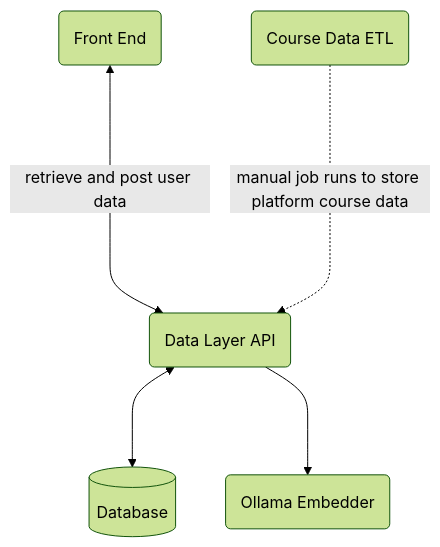
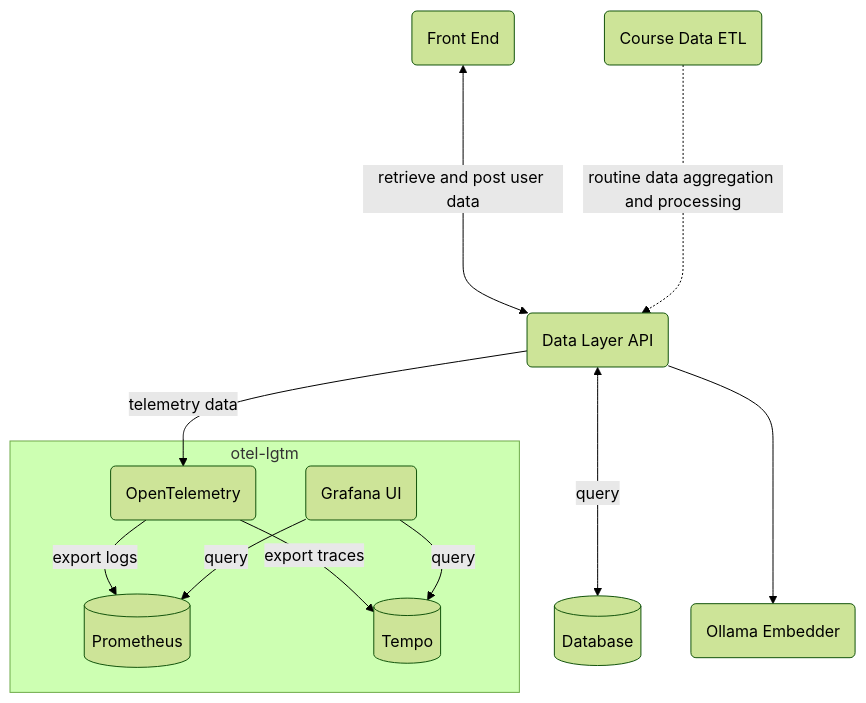
Before and after one commit to leovrodriguez/CourseReview: the diagram in README.md, drawn with Mermaid (forest theme).

Commit message:
add telemetry service

````diff
--- a/README.md
+++ b/README.md
@@ -6,13 +6,24 @@
  ```mermaid
 flowchart TD
     A@{ shape: cyl, label: "Database" }
     B(Front End)
     C(Data Layer API )
     D(Course Data ETL)
     E(Ollama Embedder)
+    subgraph otel-lgtm
+        F1(OpenTelemetry)
+        F2@{shape: cyl, label: Prometheus}
+        F3@{shape: cyl, label: Tempo}
+        F5(Grafana UI)
+    end
 
     B <-- retrieve and post user data -----> C
-    D -.manual job runs to store platform course data....-> C
-    C <---> A
+    D -.routine data aggregation and processing....-> C
+    C <---> |query| A
     C ---> E
+    C --> | telemetry data | F1
+    F1 -->|export logs| F2
+    F1 -->|export traces| F3
+    F5 -->|query| F2
+    F5 -->|query| F3
 ```
````
